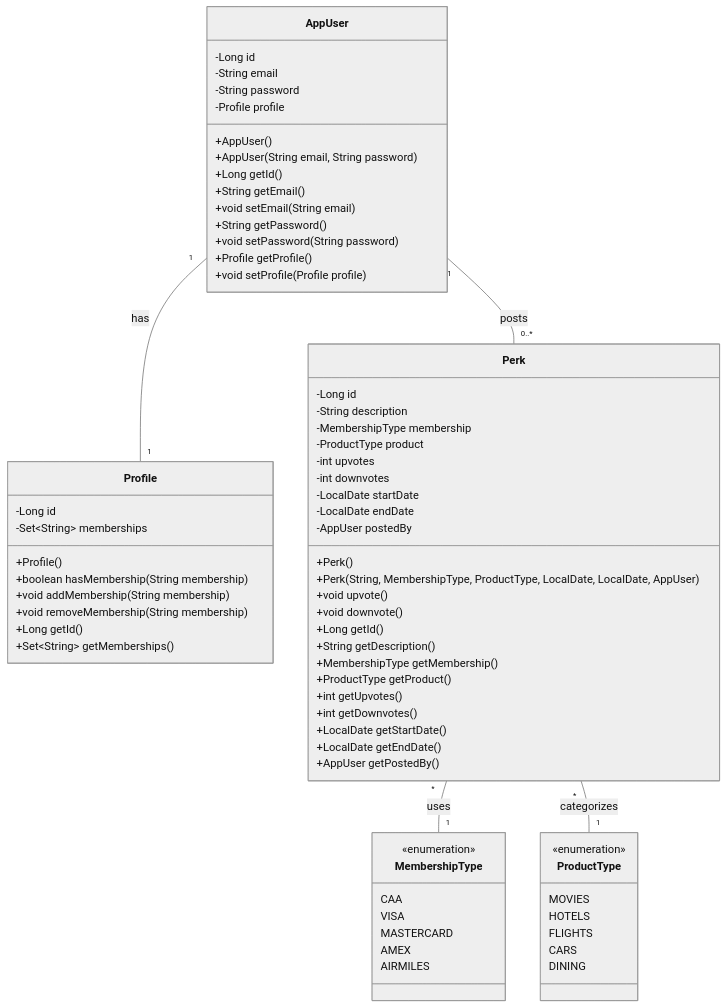
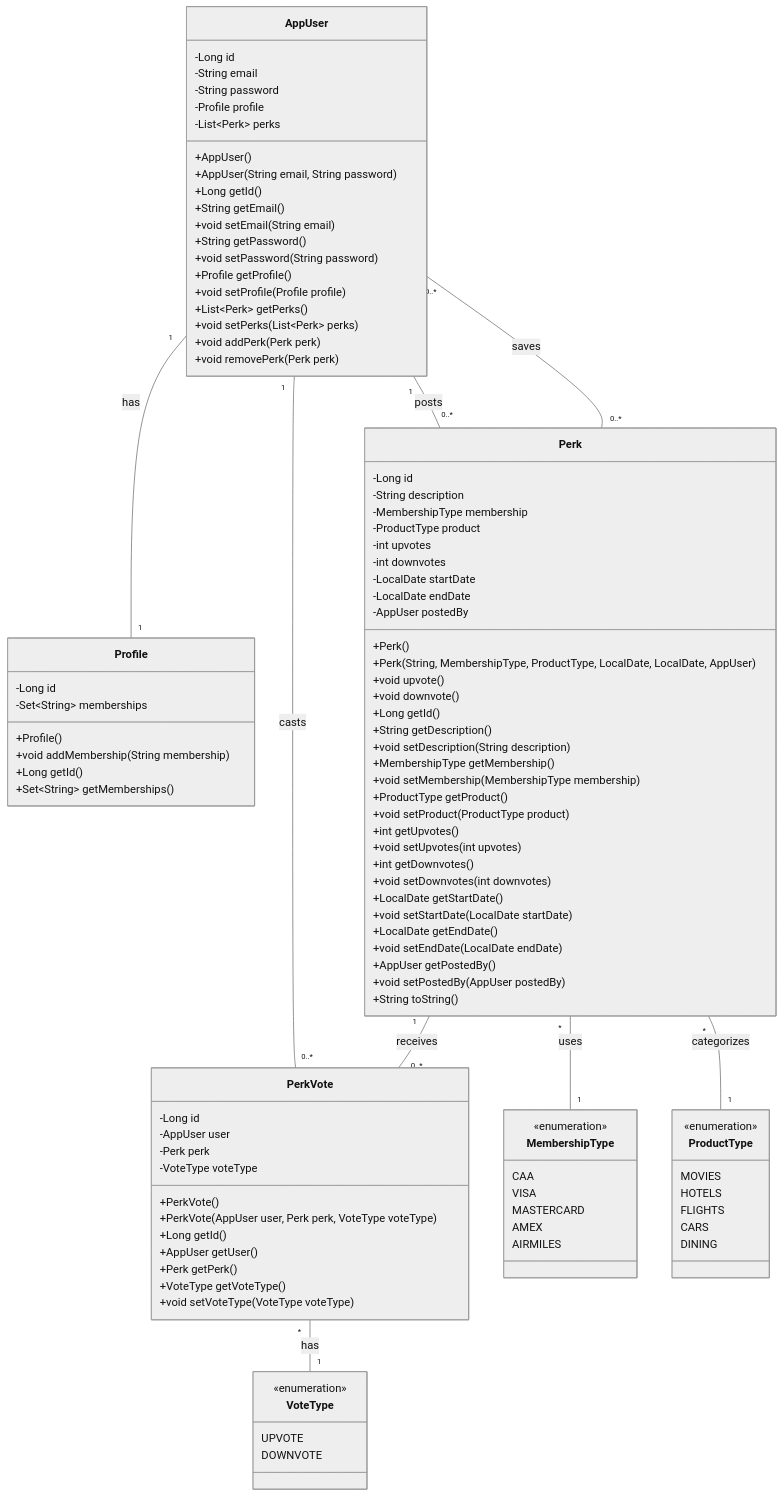
Before and after one commit to abdalla-omar/Perk-Manager: the diagram in docs/uml-class-diagram.mmd, drawn with Mermaid (neutral theme). The commit also changed 1 other file, not shown here.

Commit message:
m3 diagram

```diff
--- a/docs/uml-class-diagram.mmd
+++ b/docs/uml-class-diagram.mmd
@@ -1,75 +1,111 @@
 classDiagram
     class AppUser {
         -Long id
         -String email
         -String password
         -Profile profile
+        -List~Perk~ perks
         +AppUser()
         +AppUser(String email, String password)
         +Long getId()
         +String getEmail()
         +void setEmail(String email)
         +String getPassword()
         +void setPassword(String password)
         +Profile getProfile()
         +void setProfile(Profile profile)
+        +List~Perk~ getPerks()
+        +void setPerks(List~Perk~ perks)
+        +void addPerk(Perk perk)
+        +void removePerk(Perk perk)
     }
 
     class Profile {
         -Long id
         -Set~String~ memberships
         +Profile()
-        +boolean hasMembership(String membership)
         +void addMembership(String membership)
-        +void removeMembership(String membership)
         +Long getId()
         +Set~String~ getMemberships()
     }
 
     class Perk {
         -Long id
         -String description
         -MembershipType membership
         -ProductType product
         -int upvotes
         -int downvotes
         -LocalDate startDate
         -LocalDate endDate
         -AppUser postedBy
         +Perk()
         +Perk(String, MembershipType, ProductType, LocalDate, LocalDate, AppUser)
         +void upvote()
         +void downvote()
         +Long getId()
         +String getDescription()
+        +void setDescription(String description)
         +MembershipType getMembership()
+        +void setMembership(MembershipType membership)
         +ProductType getProduct()
+        +void setProduct(ProductType product)
         +int getUpvotes()
+        +void setUpvotes(int upvotes)
         +int getDownvotes()
+        +void setDownvotes(int downvotes)
         +LocalDate getStartDate()
+        +void setStartDate(LocalDate startDate)
         +LocalDate getEndDate()
+        +void setEndDate(LocalDate endDate)
         +AppUser getPostedBy()
+        +void setPostedBy(AppUser postedBy)
+        +String toString()
+    }
+
+    class PerkVote {
+        -Long id
+        -AppUser user
+        -Perk perk
+        -VoteType voteType
+        +PerkVote()
+        +PerkVote(AppUser user, Perk perk, VoteType voteType)
+        +Long getId()
+        +AppUser getUser()
+        +Perk getPerk()
+        +VoteType getVoteType()
+        +void setVoteType(VoteType voteType)
     }
 
     class MembershipType {
         <<enumeration>>
         CAA
         VISA
         MASTERCARD
         AMEX
         AIRMILES
     }
 
     class ProductType {
         <<enumeration>>
         MOVIES
         HOTELS
         FLIGHTS
         CARS
         DINING
     }
 
+    class VoteType {
+        <<enumeration>>
+        UPVOTE
+        DOWNVOTE
+    }
+
     AppUser "1" -- "1" Profile : has
     AppUser "1" -- "0..*" Perk : posts
+    AppUser "0..*" -- "0..*" Perk : saves
+    AppUser "1" -- "0..*" PerkVote : casts
+    Perk "1" -- "0..*" PerkVote : receives
     Perk "*" -- "1" MembershipType : uses
     Perk "*" -- "1" ProductType : categorizes
+    PerkVote "*" -- "1" VoteType : has
```
